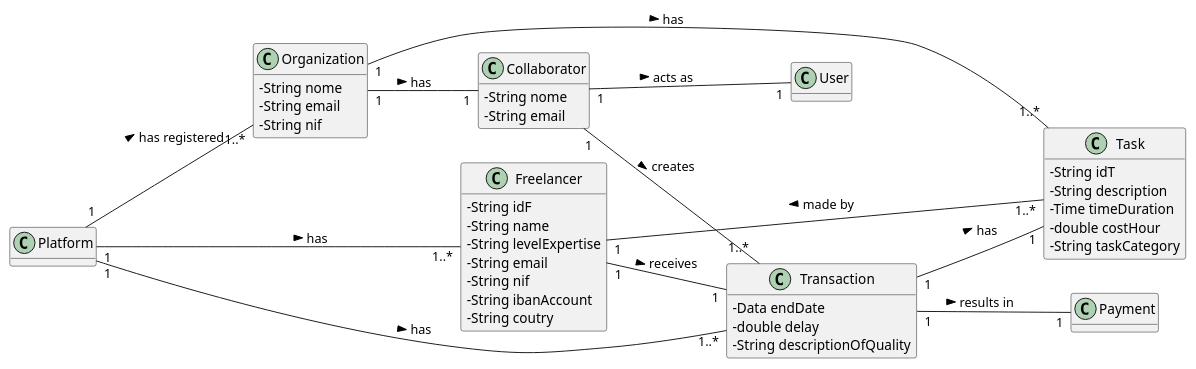
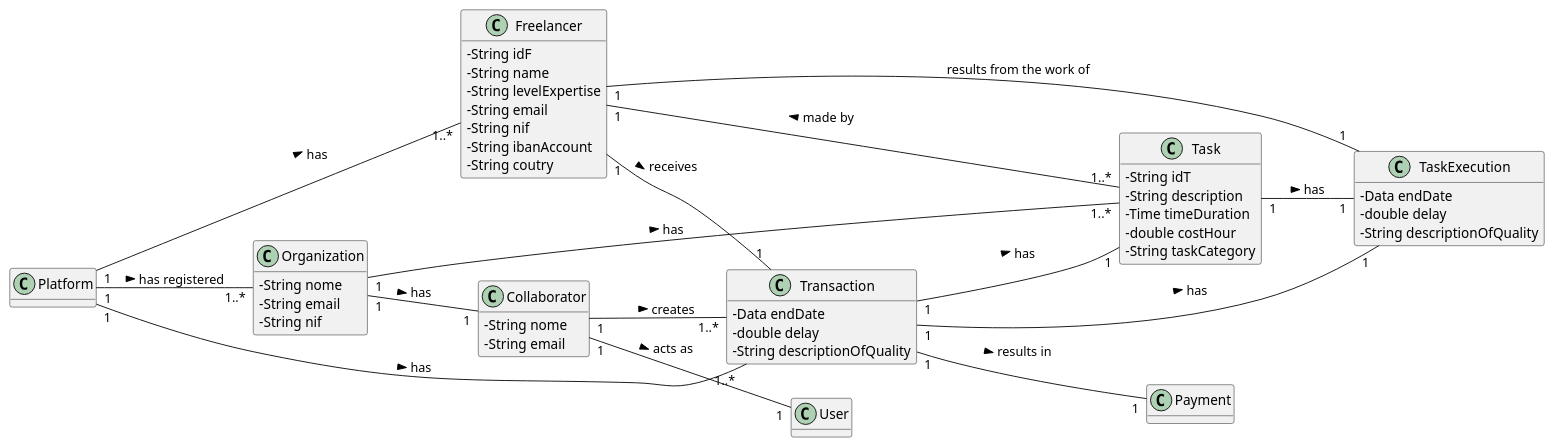
Before and after one commit to 1190452/LAPR2: the diagram in docs/UC4 - Create Payment Transaction/UC4_MD.puml, drawn with PlantUML.

Commit message:
UC4_MD.puml edited online with Bitbucket

```diff
--- a/docs/UC4 - Create Payment Transaction/UC4_MD.puml
+++ b/docs/UC4 - Create Payment Transaction/UC4_MD.puml
@@ -1,68 +1,76 @@
 @startuml
 skinparam classAttributeIconSize 0
 hide methods
 left to right direction
 
 class Platform{
 }
 class Freelancer {
   -String idF
   -String name
   -String levelExpertise
   -String email
   -String nif
   -String ibanAccount
   -String coutry
 }
 
 class Organization {
   -String nome
   -String email
   -String nif
 }
 
 class Collaborator{
   -String nome
   -String email
 }
 
 class Task {
   -String idT
   -String description
   -Time timeDuration
   -double costHour
   -String taskCategory
 }
 
 
 class User {
 }
 
 
 class Transaction {
   -Data endDate
   -double delay
   -String descriptionOfQuality
 }
 
+class TaskExecution{
+  -Data endDate
+  -double delay
+  -String descriptionOfQuality
+  }
+
 
 class Payment{
 }
 
 
 Freelancer "1" -- "1" Transaction: receives >
 Task "1..*" -- "1" Freelancer: made by >
 Platform "1" -- "1..*" Transaction: has >
 Platform "1" -- "1..*" Organization: has registered >
 Platform "1" -- "1..*" Freelancer: has >
 Organization "1" -- "1..*" Task: has >
 Organization "1" -- "1" Collaborator: has >
 Transaction "1" -- "1" Payment: results in >
 Transaction "1" -- "1" Task: has >
 Collaborator "1" -- "1..*" Transaction: creates >
 Collaborator "1" -- "1" User: acts as >
 
-
+Transaction "1" -- "1" TaskExecution: has >
+Task "1" -- "1" TaskExecution: has >
+Freelancer "1" -- "1" TaskExecution: results from the work of
 
 
 @enduml
```
